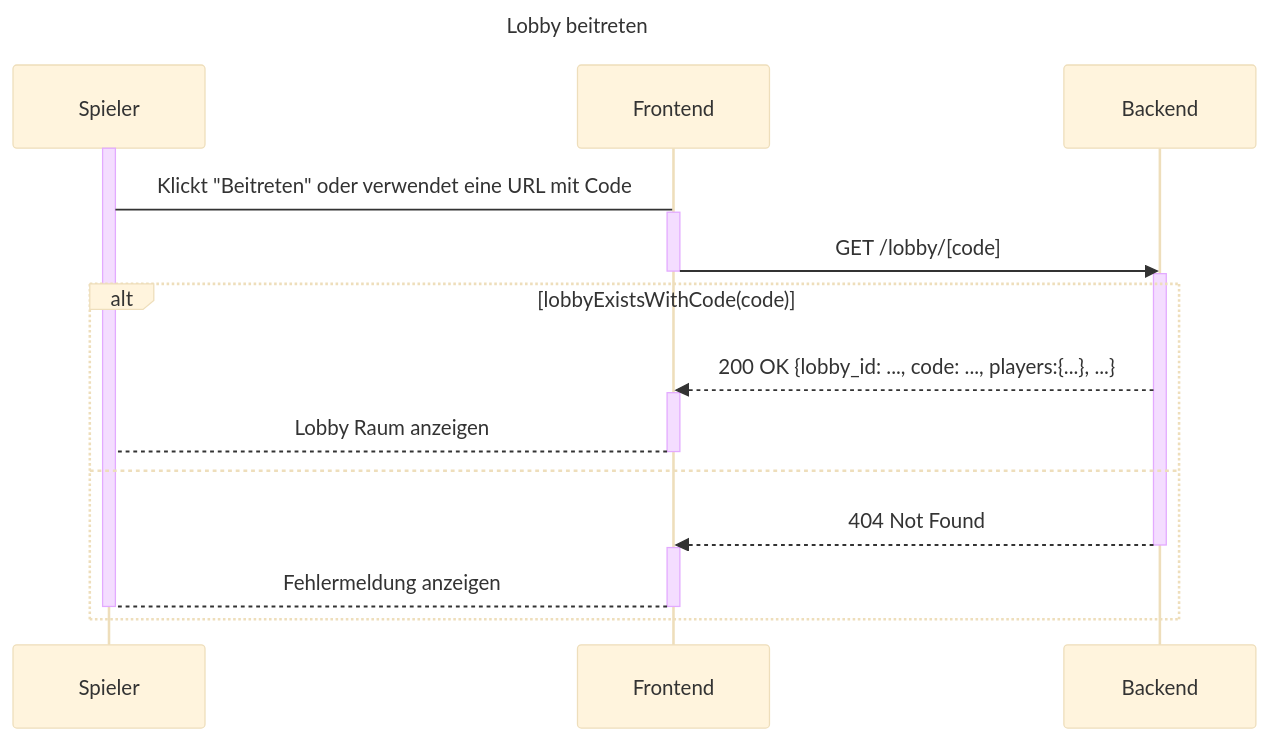
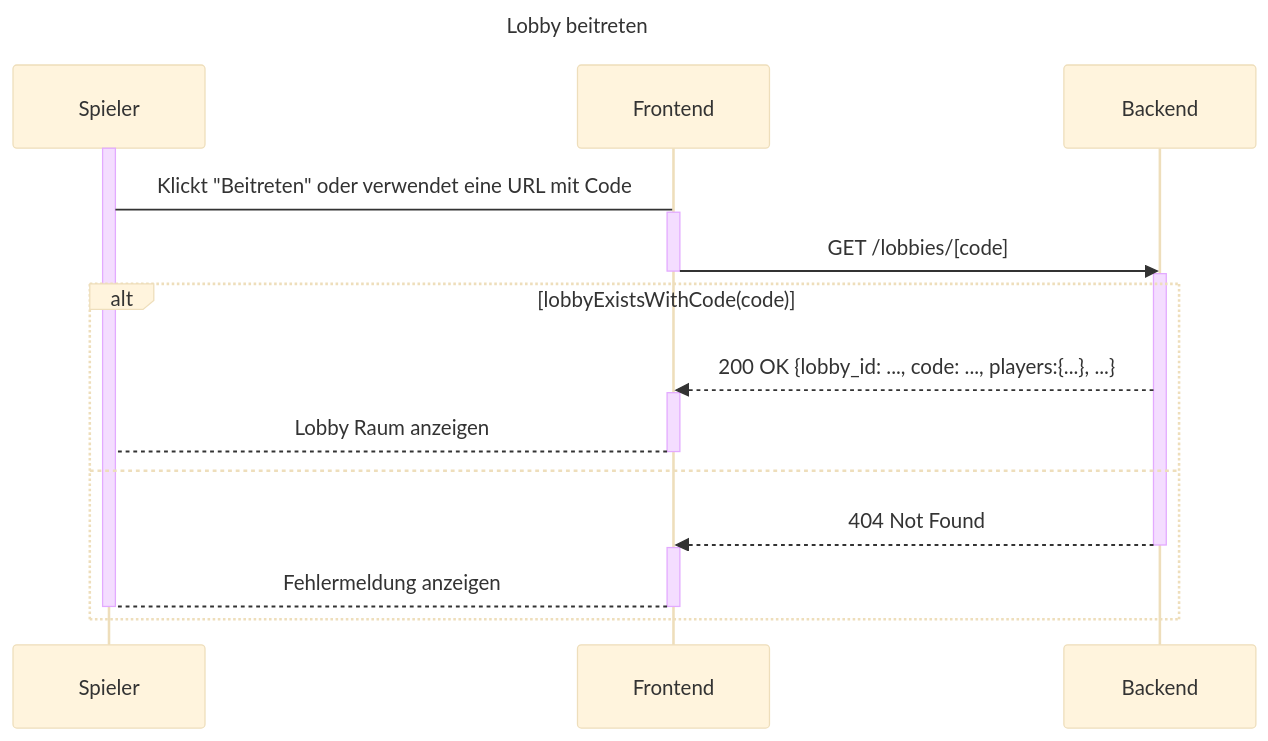
One commit to Hexfields-Studio/HexfieldsDominion-Artefacts changed the second of 2 diagrams in srs/lobby_management/lobby_erstellen_beitreten/lobby_erstellen_beitreten.md. Above: the diagram before and after it, drawn with Mermaid (base theme). The commit also changed other lines of this file and 5 other files, not shown here.

Commit message:
update seq-dgs according to class diagram

````diff
--- a/srs/lobby_management/lobby_erstellen_beitreten/lobby_erstellen_beitreten.md
+++ b/srs/lobby_management/lobby_erstellen_beitreten/lobby_erstellen_beitreten.md
@@ -60,30 +60,30 @@
 ```mermaid
 sequenceDiagram
 title Lobby beitreten
 
 participant Spieler
 participant Frontend
 participant Backend
 
 activate Spieler
 Spieler->Frontend: Klickt "Beitreten" oder verwendet eine URL mit Code
 activate Frontend
-  Frontend->>Backend: GET /lobby/[code]
+  Frontend->>Backend: GET /lobbies/[code]
   
 deactivate Frontend
 activate Backend
   alt lobbyExistsWithCode(code)
   Backend-->>Frontend: 200 OK {lobby_id: ..., code: ..., players:{...}, ...}
   activate Frontend
   Frontend --> Spieler: Lobby Raum anzeigen
   deactivate Frontend
   else
   Backend-->>Frontend: 404 Not Found
   deactivate Backend
   activate Frontend
   Frontend --> Spieler: Fehlermeldung anzeigen
   deactivate Frontend
   deactivate Spieler
   end
 
 ```
````
